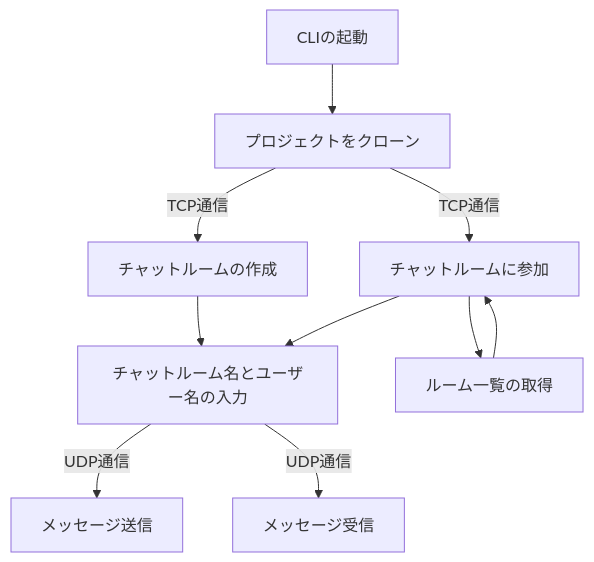
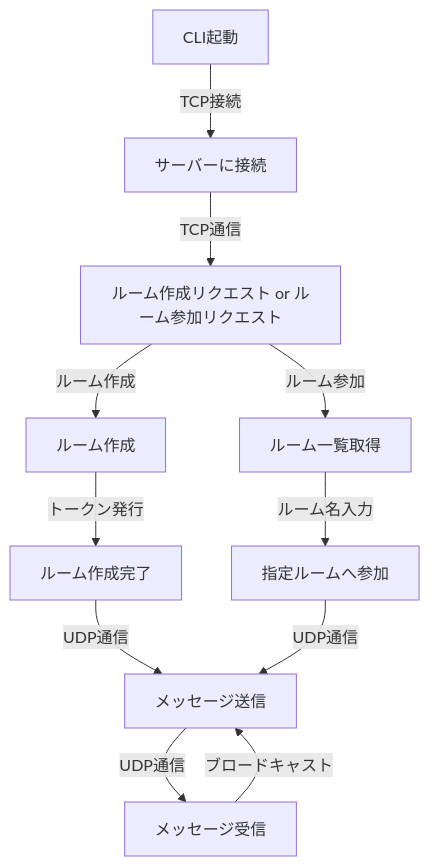
One commit to BackendExplorer/Tenshin changed the diagram in README.md. Above: the diagram before and after it, drawn with Mermaid.

````diff
--- a/README.md
+++ b/README.md
@@ -1,14 +1,17 @@
 ```mermaid
 graph TD
-    A[CLIの起動] --> B[プロジェクトをクローン]
-    B -- TCP通信 --> C[チャットルームの作成]
-    B -- TCP通信 --> D[チャットルームに参加]
-    
-    C --> E[チャットルーム名とユーザー名の入力]
-    D --> H[ルーム一覧の取得]
-    H --> D
-    D --> E
-    
-    E -- UDP通信 --> I[メッセージ送信]
-    E -- UDP通信 --> J[メッセージ受信]
+    A[CLI起動] -->|TCP接続| B[サーバーに接続]
+    B -->|TCP通信| C[ルーム作成リクエスト or ルーム参加リクエスト]
+
+    C -- ルーム作成 --> D[ルーム作成]
+    C -- ルーム参加 --> E[ルーム一覧取得]
+
+    D -->|トークン発行| F[ルーム作成完了]
+    E -->|ルーム名入力| G[指定ルームへ参加]
+
+    F -->|UDP通信| H[メッセージ送信]
+    G -->|UDP通信| H
+
+    H -->|UDP通信| I[メッセージ受信]
+    I -->|ブロードキャスト| H
 ```
````
